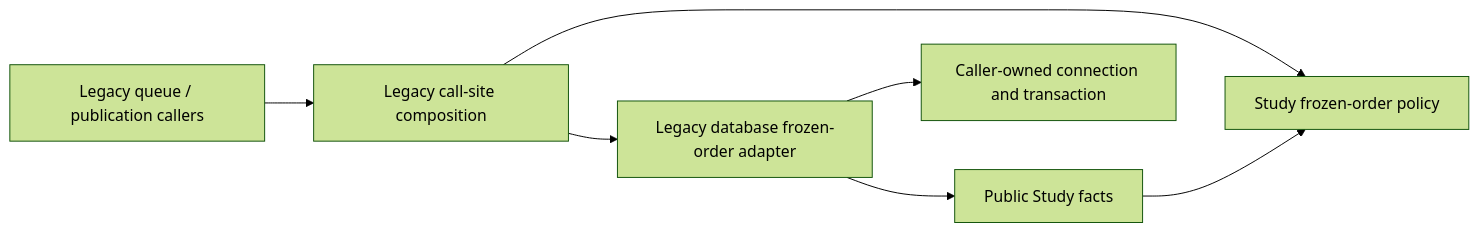
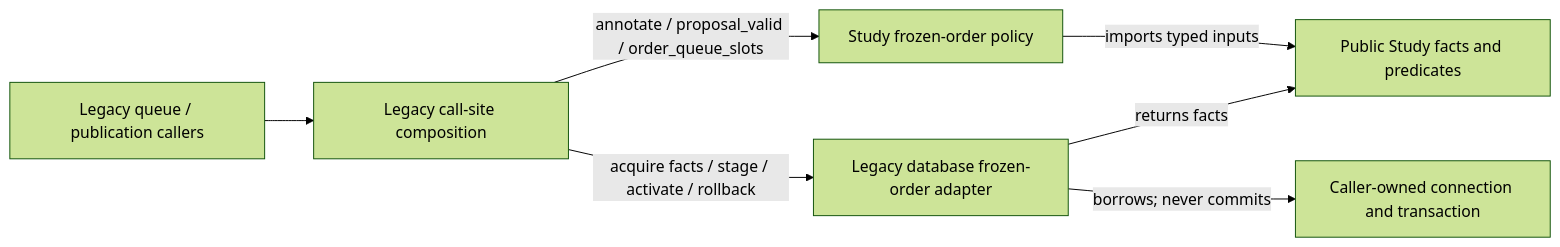
Before and after one commit to aaweaver-actuary/tempo: the diagram in backend/app/study/frozen_order/README.md, drawn with Mermaid (forest theme). The commit also changed other lines of this file and 19 other files, not shown here.

````diff
--- a/backend/app/study/frozen_order/README.md
+++ b/backend/app/study/frozen_order/README.md
@@ -5,9 +5,9 @@
 ```mermaid
 flowchart LR
-  caller[Legacy queue / publication callers] --> wiring[Legacy call-site composition]
-  wiring --> policy[Study frozen-order policy]
-  wiring --> adapter[Legacy database frozen-order adapter]
-  adapter --> facts[Public Study facts]
-  facts --> policy
-  adapter --> transaction[Caller-owned connection and transaction]
+  caller["Legacy queue / publication callers"] --> wiring["Legacy call-site composition"]
+  wiring -->|"annotate / proposal_valid / order_queue_slots"| policy["Study frozen-order policy"]
+  wiring -->|"acquire facts / stage / activate / rollback"| adapter["Legacy database frozen-order adapter"]
+  policy -->|"imports typed inputs"| facts["Public Study facts and predicates"]
+  adapter -->|"returns facts"| facts
+  adapter -->|"borrows; never commits"| transaction["Caller-owned connection and transaction"]
 ```
````
